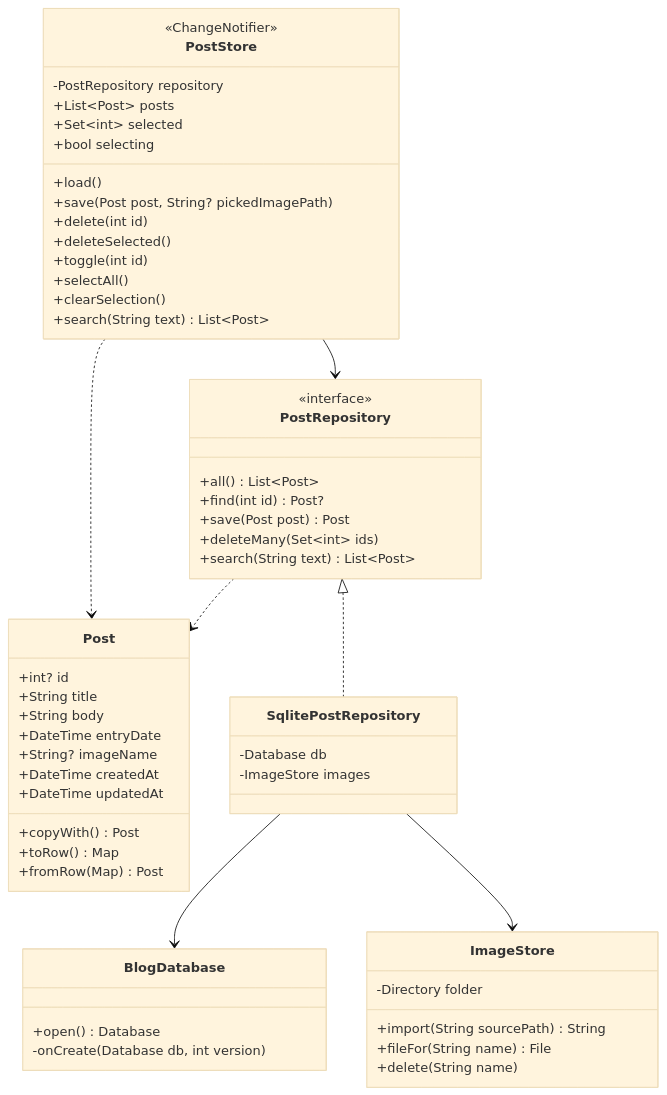
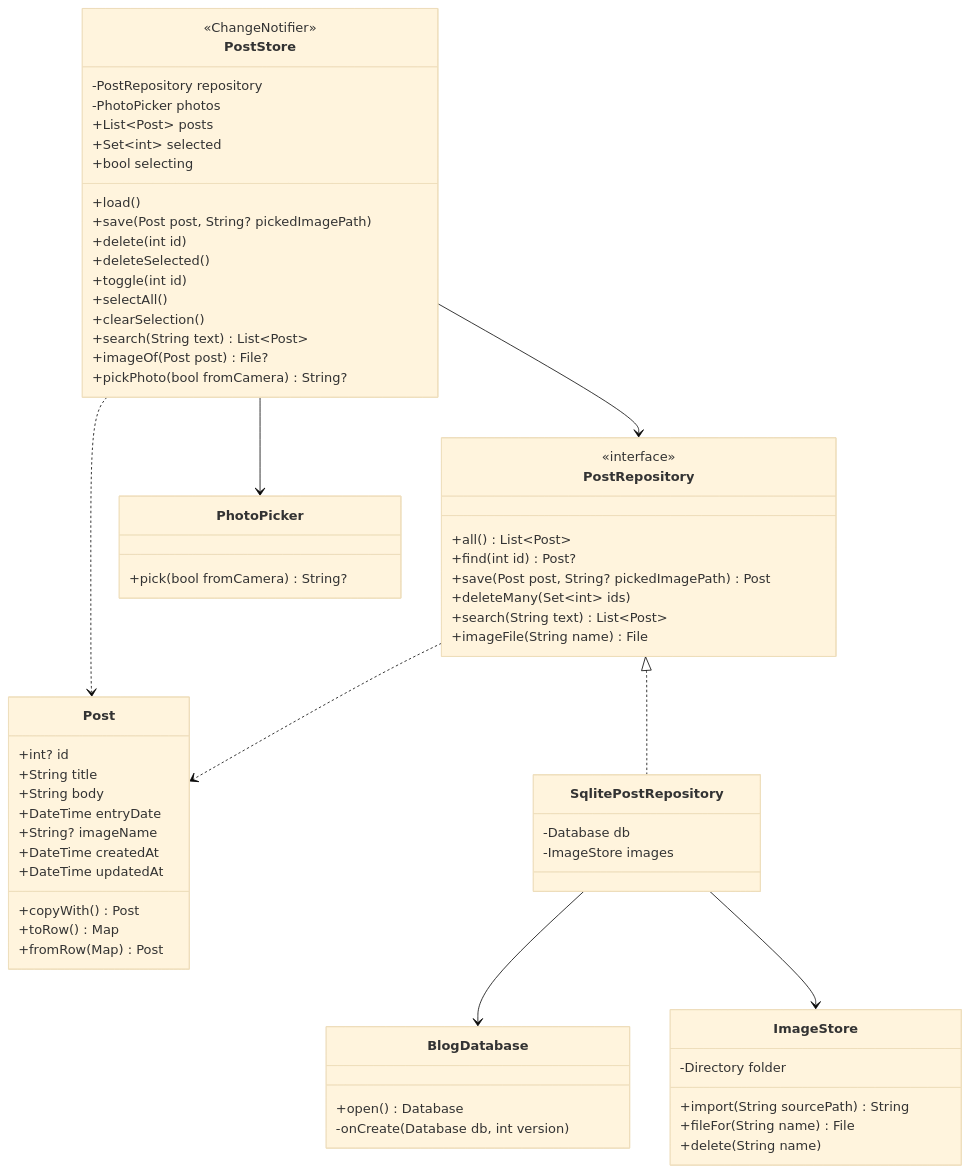
The first of 6 diagrams in docs/DESIGN.md (baho-j/folio-blog), drawn with Mermaid (base theme) before and after one commit. The commit also changed other lines of this file and 21 other files, not shown here.

````diff
--- a/docs/DESIGN.md
+++ b/docs/DESIGN.md
@@ -11,64 +11,73 @@
 ```mermaid
 classDiagram
     class Post {
         +int? id
         +String title
         +String body
         +DateTime entryDate
         +String? imageName
         +DateTime createdAt
         +DateTime updatedAt
         +copyWith() Post
         +toRow() Map
         +fromRow(Map) Post
     }
 
     class PostRepository {
         <<interface>>
         +all() List~Post~
         +find(int id) Post?
-        +save(Post post) Post
+        +save(Post post, String? pickedImagePath) Post
         +deleteMany(Set~int~ ids)
         +search(String text) List~Post~
+        +imageFile(String name) File
     }
 
     class SqlitePostRepository {
         -Database db
         -ImageStore images
+    }
+
+    class PhotoPicker {
+        +pick(bool fromCamera) String?
     }
 
     class BlogDatabase {
         +open() Database
         -onCreate(Database db, int version)
     }
 
     class ImageStore {
         -Directory folder
         +import(String sourcePath) String
         +fileFor(String name) File
         +delete(String name)
     }
 
     class PostStore {
         <<ChangeNotifier>>
         -PostRepository repository
+        -PhotoPicker photos
         +List~Post~ posts
         +Set~int~ selected
         +bool selecting
         +load()
         +save(Post post, String? pickedImagePath)
         +delete(int id)
         +deleteSelected()
         +toggle(int id)
         +selectAll()
         +clearSelection()
         +search(String text) List~Post~
+        +imageOf(Post post) File?
+        +pickPhoto(bool fromCamera) String?
     }
 
     PostRepository <|.. SqlitePostRepository
     SqlitePostRepository --> BlogDatabase
     SqlitePostRepository --> ImageStore
     PostStore --> PostRepository
+    PostStore --> PhotoPicker
     PostStore ..> Post
     PostRepository ..> Post
 ```
````
